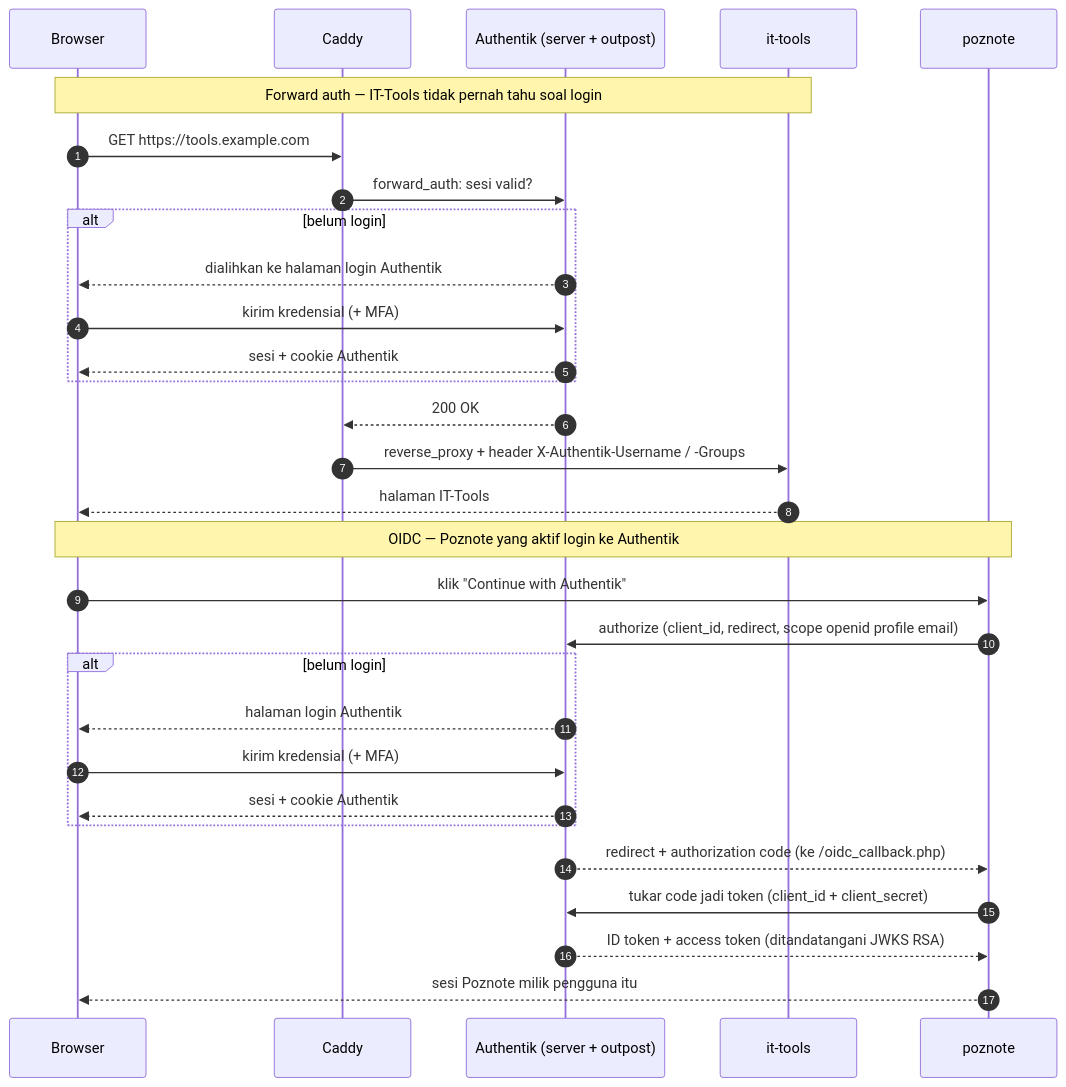
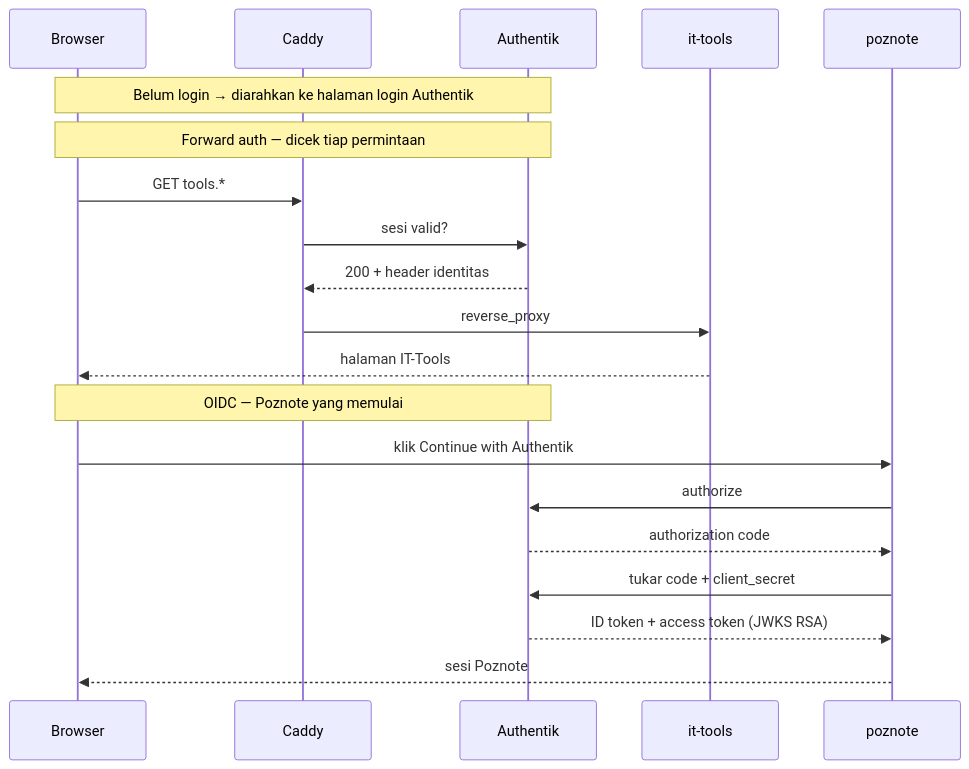
One commit to nandazahran/authentik changed the second of 2 diagrams in README.md. Above: the diagram before and after it, drawn with Mermaid.

Commit message:
diagram update

````diff
--- a/README.md
+++ b/README.md
@@ -84,34 +84,28 @@
 ```mermaid
 sequenceDiagram
-    autonumber
+    accTitle: Alur forward auth dan OIDC
+    accDescr: Forward auth memeriksa sesi ke Authentik pada setiap permintaan ke IT-Tools. OIDC membuat Poznote memulai permintaan authorize sekali, menukar authorization code menjadi ID token, lalu membuat sesinya sendiri.
+
     participant B as Browser
     participant C as Caddy
-    participant A as Authentik (server + outpost)
+    participant A as Authentik
     participant T as it-tools
     participant P as poznote
 
-    Note over B,T: Forward auth — IT-Tools tidak pernah tahu soal login
-    B->>C: GET https://tools.example.com
-    C->>A: forward_auth: sesi valid?
-    alt belum login
-        A-->>B: dialihkan ke halaman login Authentik
-        B->>A: kirim kredensial (+ MFA)
-        A-->>B: sesi + cookie Authentik
-    end
-    A-->>C: 200 OK
-    C->>T: reverse_proxy + header X-Authentik-Username / -Groups
+    Note over B,A: Belum login → diarahkan ke halaman login Authentik
+
+    Note over B,A: Forward auth — dicek tiap permintaan
+    B->>C: GET tools.*
+    C->>A: sesi valid?
+    A-->>C: 200 + header identitas
+    C->>T: reverse_proxy
     T-->>B: halaman IT-Tools
 
-    Note over B,P: OIDC — Poznote yang aktif login ke Authentik
-    B->>P: klik "Continue with Authentik"
-    P->>A: authorize (client_id, redirect, scope openid profile email)
-    alt belum login
-        A-->>B: halaman login Authentik
-        B->>A: kirim kredensial (+ MFA)
-        A-->>B: sesi + cookie Authentik
-    end
-    A-->>P: redirect + authorization code (ke /oidc_callback.php)
-    P->>A: tukar code jadi token (client_id + client_secret)
-    A-->>P: ID token + access token (ditandatangani JWKS RSA)
-    P-->>B: sesi Poznote milik pengguna itu
+    Note over B,A: OIDC — Poznote yang memulai
+    B->>P: klik Continue with Authentik
+    P->>A: authorize
+    A-->>P: authorization code
+    P->>A: tukar code + client_secret
+    A-->>P: ID token + access token (JWKS RSA)
+    P-->>B: sesi Poznote
 ```
````
